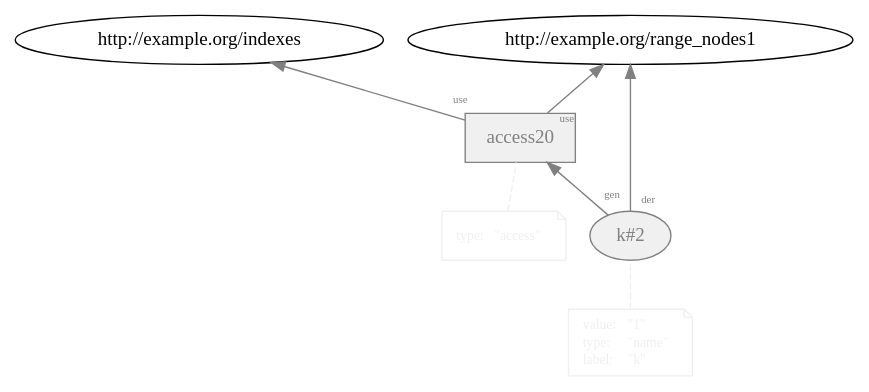
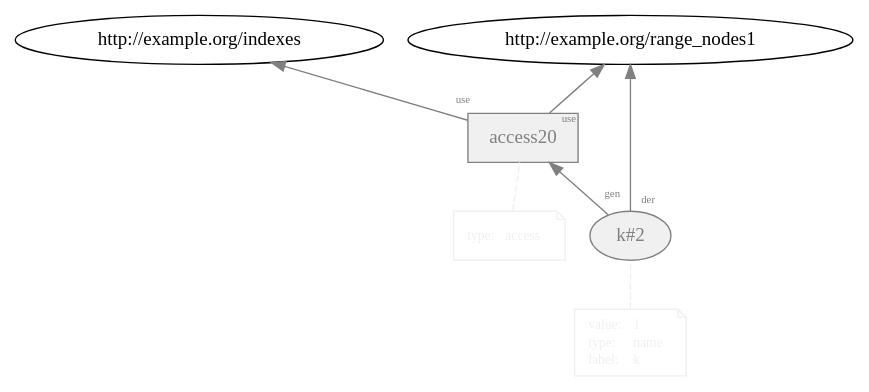
The diagram in images/plain_prov/temp/L9__loop_access_2.dot (dew-uff/versioned-prov), drawn with Graphviz before and after one commit. The commit also changed 580 other files, not shown here.

```diff
--- a/images/plain_prov/temp/L9__loop_access_2.dot
+++ b/images/plain_prov/temp/L9__loop_access_2.dot
@@ -1,30 +1,30 @@
 digraph "PROV" { size="16,12"; rankdir="BT";
 "http://example.org/k#2" [fillcolor="#F0F0F0",color="gray",style="filled",label="k#2",URL="http://example.org/k#2",fontcolor="gray"]
 "-attrs0" [color="#F0F0F0",shape="note",fontsize="10",fontcolor="black",label=<<TABLE cellpadding="0" border="0">
 	<TR>
 	    <TD align="left"><font color="#F0F0F0">value:</font></TD>
-	    <TD align="left"><font color="#F0F0F0">&quot;1&quot;</font></TD>
+	    <TD align="left"><font color="#F0F0F0">1</font></TD>
 	</TR>
 	<TR>
 	    <TD align="left"><font color="#F0F0F0">type:</font></TD>
-	    <TD align="left"><font color="#F0F0F0">&quot;name&quot;</font></TD>
+	    <TD align="left"><font color="#F0F0F0">name</font></TD>
 	</TR>
 	<TR>
 	    <TD align="left"><font color="#F0F0F0">label:</font></TD>
-	    <TD align="left"><font color="#F0F0F0">&quot;k&quot;</font></TD>
+	    <TD align="left"><font color="#F0F0F0">k</font></TD>
 	</TR>
 </TABLE>>]
 "-attrs0" -> "http://example.org/k#2" [color="#F0F0F0",style="dashed",arrowhead="none"]
 "http://example.org/access20" [fillcolor="#F0F0F0",color="gray",shape="polygon",sides="4",style="filled",label="access20",URL="http://example.org/access20",fontcolor="gray"]
 "-attrs1" [color="#F0F0F0",shape="note",fontsize="10",fontcolor="black",label=<<TABLE cellpadding="0" border="0">
 	<TR>
 	    <TD align="left"><font color="#F0F0F0">type:</font></TD>
-	    <TD align="left"><font color="#F0F0F0">&quot;access&quot;</font></TD>
+	    <TD align="left"><font color="#F0F0F0">access</font></TD>
 	</TR>
 </TABLE>>]
 "-attrs1" -> "http://example.org/access20" [color="#F0F0F0",style="dashed",arrowhead="none"]
 "http://example.org/access20" -> "http://example.org/range_nodes1" [labelfontsize="8",labeldistance="1.5",labelangle="60.0",rotation="20",taillabel="use",fontcolor="gray",color="gray"]
 "http://example.org/k#2" -> "http://example.org/range_nodes1" [labelfontsize="8",labeldistance="1.5",labelangle="60.0",rotation="20",taillabel="der",fontcolor="gray",color="gray"]
 "http://example.org/k#2" -> "http://example.org/access20" [labelfontsize="8",labeldistance="1.5",labelangle="60.0",rotation="20",taillabel="gen",fontcolor="gray",color="gray"]
 "http://example.org/access20" -> "http://example.org/indexes" [labelfontsize="8",labeldistance="1.5",labelangle="60.0",rotation="20",taillabel="use",fontcolor="gray",color="gray"]
 }
```
